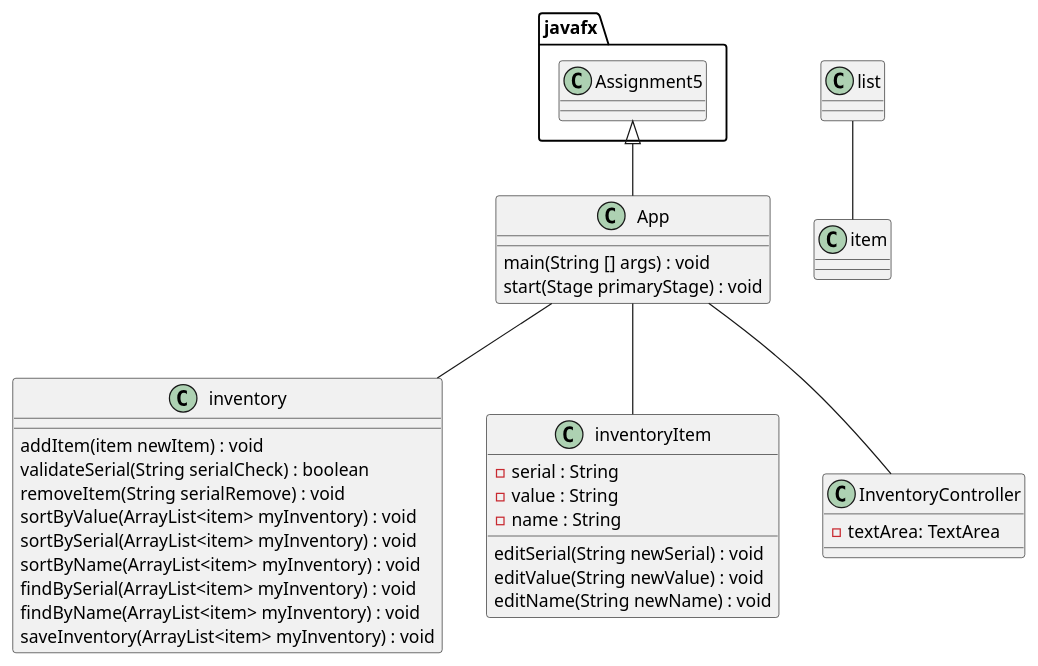
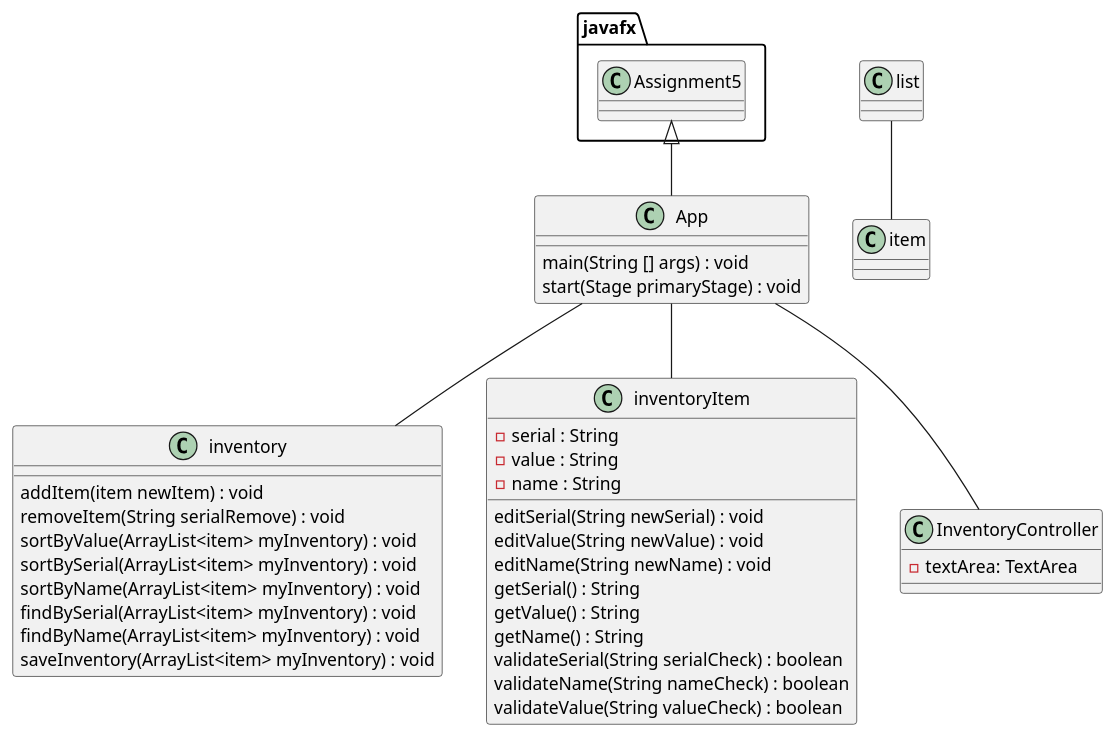
One commit to JayEspinoza/espinoza-2278-a5 changed the diagram in uml/App.puml. Above: the diagram before and after it, drawn with PlantUML. The commit also changed 2 other files, not shown here.

Commit message:
Second Commit inventoryItem class finished PUML diagram updated

```diff
--- a/uml/App.puml
+++ b/uml/App.puml
@@ -1,50 +1,55 @@
 @startuml
 'https://plantuml.com/class-diagram
 
 class App
 class inventory
 class inventoryItem
 class InventoryController
 
 javafx.Assignment5 <|-- App
 
 App -- inventory
 App -- inventoryItem
 App -- InventoryController
 
 list -- item
 
 class App {
 main(String [] args) : void
 start(Stage primaryStage) : void
 }
 
 
 class inventory {
 addItem(item newItem) : void
-validateSerial(String serialCheck) : boolean
 removeItem(String serialRemove) : void
 sortByValue(ArrayList<item> myInventory) : void
 sortBySerial(ArrayList<item> myInventory) : void
 sortByName(ArrayList<item> myInventory) : void
 findBySerial(ArrayList<item> myInventory) : void
 findByName(ArrayList<item> myInventory) : void
 saveInventory(ArrayList<item> myInventory) : void
 }
 
 class inventoryItem {
 - serial : String
 - value : String
 - name : String
 
 editSerial(String newSerial) : void
 editValue(String newValue) : void
 editName(String newName) : void
+getSerial() : String
+getValue() : String
+getName() : String
+validateSerial(String serialCheck) : boolean
+validateName(String nameCheck) : boolean
+validateValue(String valueCheck) : boolean
 }
 
 class InventoryController {
 - textArea: TextArea
 
 }
 
 @enduml
```
